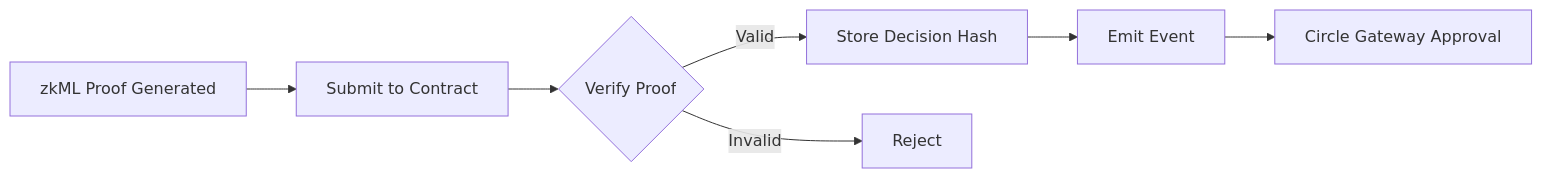
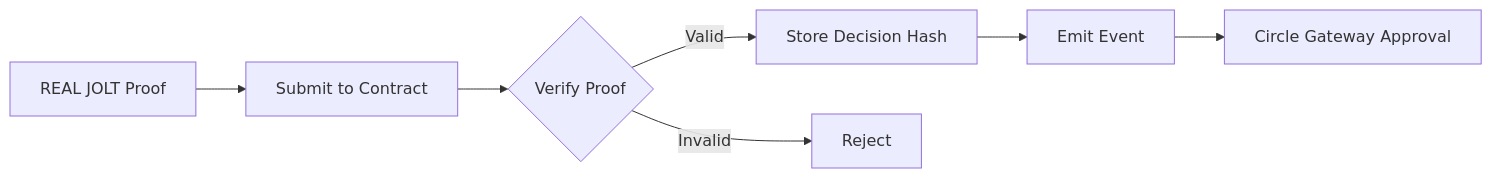
Before and after one commit to hshadab/agentkit: the diagram in zkml/README.md, drawn with Mermaid. The commit also changed other lines of this file and 4 other files, not shown here.

First line of the commit message:
feat: Implement REAL JOLT-Atlas zkML proof generation

````diff
--- a/zkml/README.md
+++ b/zkml/README.md
@@ -230,9 +212,9 @@
 ```mermaid
 graph LR
-    A[zkML Proof Generated] --> B[Submit to Contract]
+    A[REAL JOLT Proof] --> B[Submit to Contract]
     B --> C{Verify Proof}
     C -->|Valid| D[Store Decision Hash]
     C -->|Invalid| E[Reject]
     D --> F[Emit Event]
     F --> G[Circle Gateway Approval]
 ```
````
